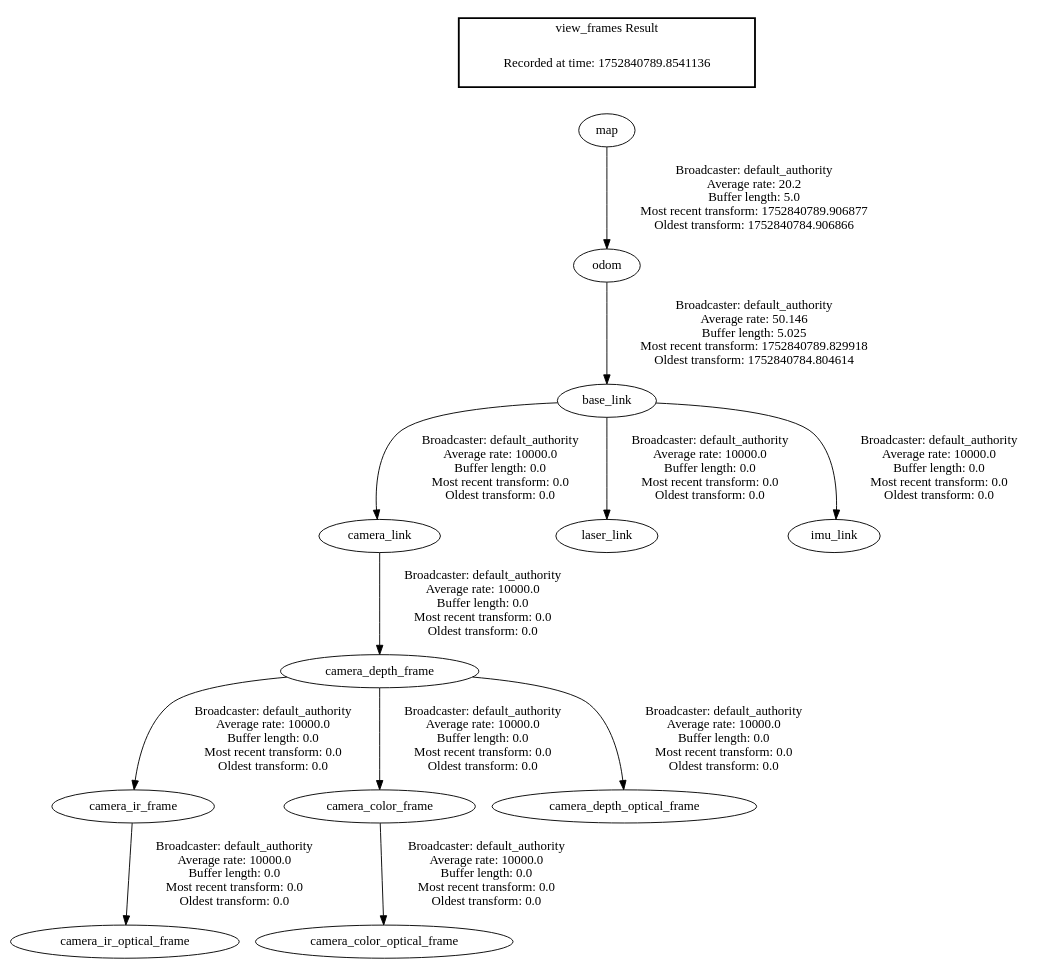
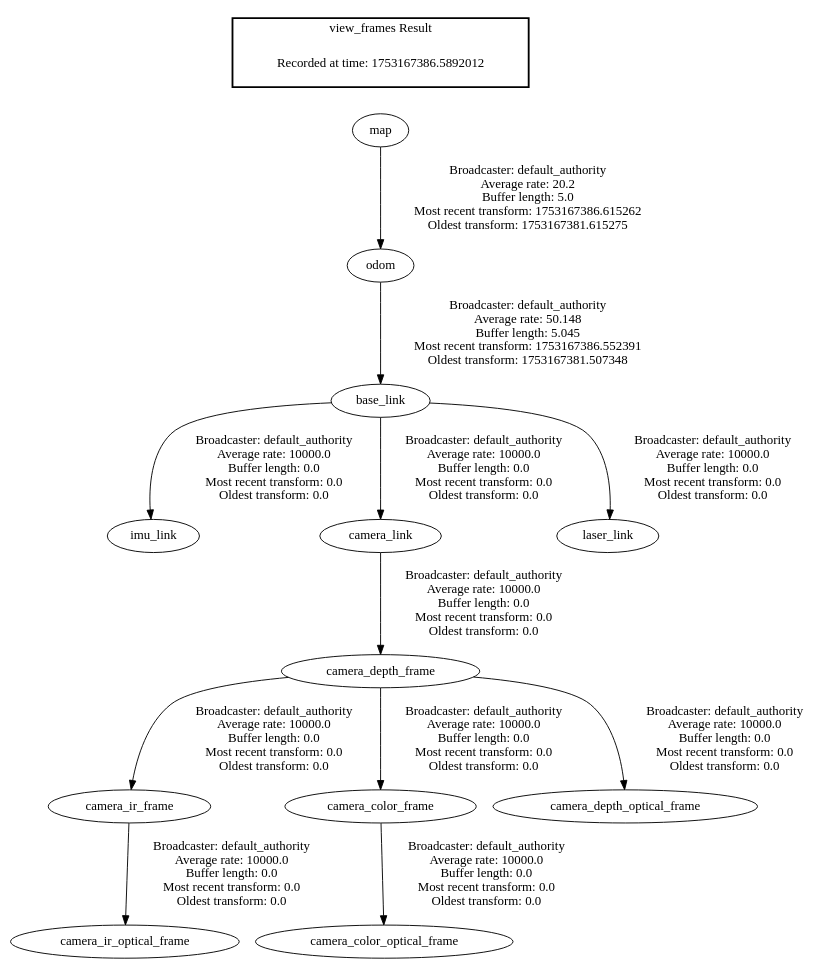
The diagram in frames.gv (krish-rRay23/LIMO_COBOT_PROJECT), drawn with Graphviz before and after one commit. The commit also changed 8922 other files, not shown here.

```diff
--- a/frames.gv
+++ b/frames.gv
@@ -1,17 +1,17 @@
 digraph G {
-"odom" -> "base_link"[label=" Broadcaster: default_authority\nAverage rate: 50.146\nBuffer length: 5.025\nMost recent transform: 1752840789.829918\nOldest transform: 1752840784.804614\n"];
-"map" -> "odom"[label=" Broadcaster: default_authority\nAverage rate: 20.2\nBuffer length: 5.0\nMost recent transform: 1752840789.906877\nOldest transform: 1752840784.906866\n"];
+"odom" -> "base_link"[label=" Broadcaster: default_authority\nAverage rate: 50.148\nBuffer length: 5.045\nMost recent transform: 1753167386.552391\nOldest transform: 1753167381.507348\n"];
+"map" -> "odom"[label=" Broadcaster: default_authority\nAverage rate: 20.2\nBuffer length: 5.0\nMost recent transform: 1753167386.615262\nOldest transform: 1753167381.615275\n"];
+"base_link" -> "imu_link"[label=" Broadcaster: default_authority\nAverage rate: 10000.0\nBuffer length: 0.0\nMost recent transform: 0.0\nOldest transform: 0.0\n"];
 "base_link" -> "camera_link"[label=" Broadcaster: default_authority\nAverage rate: 10000.0\nBuffer length: 0.0\nMost recent transform: 0.0\nOldest transform: 0.0\n"];
 "base_link" -> "laser_link"[label=" Broadcaster: default_authority\nAverage rate: 10000.0\nBuffer length: 0.0\nMost recent transform: 0.0\nOldest transform: 0.0\n"];
 "camera_depth_frame" -> "camera_ir_frame"[label=" Broadcaster: default_authority\nAverage rate: 10000.0\nBuffer length: 0.0\nMost recent transform: 0.0\nOldest transform: 0.0\n"];
 "camera_link" -> "camera_depth_frame"[label=" Broadcaster: default_authority\nAverage rate: 10000.0\nBuffer length: 0.0\nMost recent transform: 0.0\nOldest transform: 0.0\n"];
 "camera_ir_frame" -> "camera_ir_optical_frame"[label=" Broadcaster: default_authority\nAverage rate: 10000.0\nBuffer length: 0.0\nMost recent transform: 0.0\nOldest transform: 0.0\n"];
 "camera_depth_frame" -> "camera_color_frame"[label=" Broadcaster: default_authority\nAverage rate: 10000.0\nBuffer length: 0.0\nMost recent transform: 0.0\nOldest transform: 0.0\n"];
 "camera_color_frame" -> "camera_color_optical_frame"[label=" Broadcaster: default_authority\nAverage rate: 10000.0\nBuffer length: 0.0\nMost recent transform: 0.0\nOldest transform: 0.0\n"];
 "camera_depth_frame" -> "camera_depth_optical_frame"[label=" Broadcaster: default_authority\nAverage rate: 10000.0\nBuffer length: 0.0\nMost recent transform: 0.0\nOldest transform: 0.0\n"];
-"base_link" -> "imu_link"[label=" Broadcaster: default_authority\nAverage rate: 10000.0\nBuffer length: 0.0\nMost recent transform: 0.0\nOldest transform: 0.0\n"];
 edge [style=invis];
  subgraph cluster_legend { style=bold; color=black; label ="view_frames Result";
-"Recorded at time: 1752840789.8541136"[ shape=plaintext ] ;
+"Recorded at time: 1753167386.5892012"[ shape=plaintext ] ;
 }->"map";
 }
```
